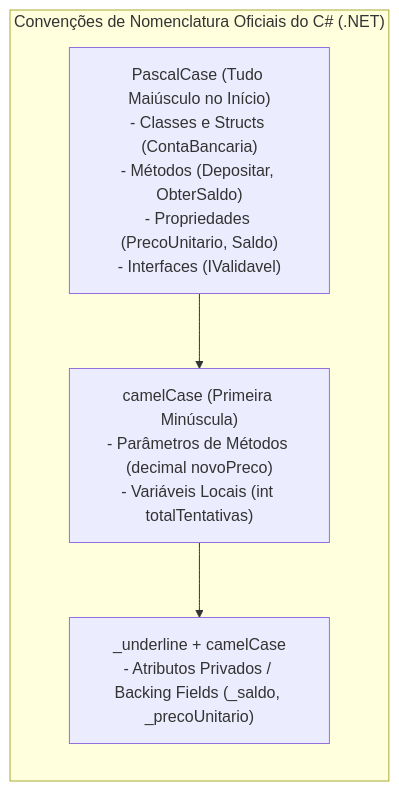
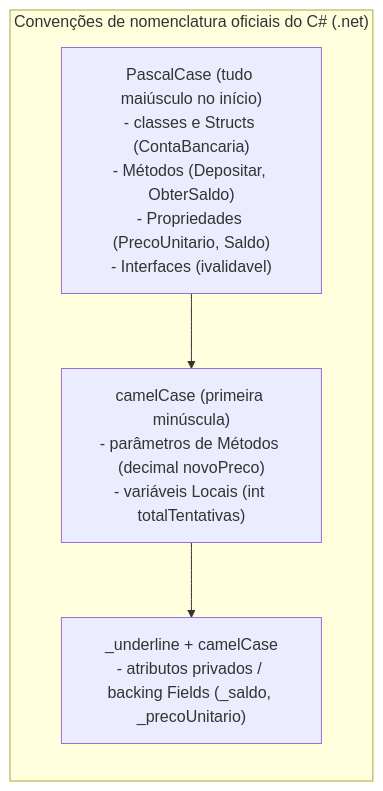
Before and after one commit to leorruas/puc: the third of 4 diagrams in 01. Programacao Modular/13. Métodos de acesso e propriedades (publicação de contratos e garantia de invariantes).md, drawn with Mermaid. The commit also changed other lines of this file and 10 other files, not shown here.

````diff
--- a/01. Programacao Modular/13. Métodos de acesso e propriedades (publicação de contratos e garantia de invariantes).md
+++ b/01. Programacao Modular/13. Métodos de acesso e propriedades (publicação de contratos e garantia de invariantes).md
@@ -416,12 +599,12 @@
 ```mermaid
 flowchart TD
-    subgraph ConvencoesCsharp ["Convenções de Nomenclatura Oficiais do C# (.NET)"]
+    subgraph ConvencoesCsharp ["Convenções de nomenclatura oficiais do C# (.net)"]
         direction TB
-        PC["PascalCase (Tudo Maiúsculo no Início)<br>- Classes e Structs (ContaBancaria)<br>- Métodos (Depositar, ObterSaldo)<br>- Propriedades (PrecoUnitario, Saldo)<br>- Interfaces (IValidavel)"]
-        CC["camelCase (Primeira Minúscula)<br>- Parâmetros de Métodos (decimal novoPreco)<br>- Variáveis Locais (int totalTentativas)"]
-        UL["_underline + camelCase<br>- Atributos Privados / Backing Fields (_saldo, _precoUnitario)"]
+        PC["PascalCase (tudo maiúsculo no início)<br>- classes e Structs (ContaBancaria)<br>- Métodos (Depositar, ObterSaldo)<br>- Propriedades (PrecoUnitario, Saldo)<br>- Interfaces (ivalidavel)"]
+        CC["camelCase (primeira minúscula)<br>- parâmetros de Métodos (decimal novoPreco)<br>- variáveis Locais (int totalTentativas)"]
+        UL["_underline + camelCase<br>- atributos privados / backing Fields (_saldo, _precoUnitario)"]
 
         PC --> CC
         CC --> UL
     end
 ```
````
